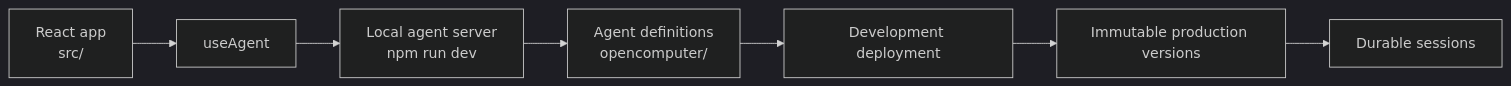
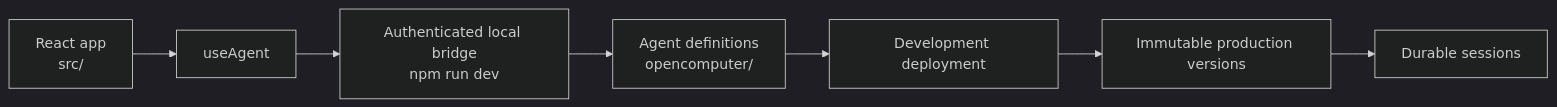
Before and after one commit to diggerhq/opencomputer: the diagram in docs/agents/architecture.mdx, drawn with Mermaid (dark theme). The commit also changed other lines of this file and 29 other files, not shown here.

````diff
--- a/docs/agents/architecture.mdx
+++ b/docs/agents/architecture.mdx
@@ -9,9 +9,9 @@
 ```mermaid
 flowchart LR
     A["React app<br/>src/"] --> B["useAgent"]
-    B --> C["Local agent server<br/>npm run dev"]
+    B --> C["Authenticated local bridge<br/>npm run dev"]
     C --> D["Agent definitions<br/>opencomputer/"]
     D --> E["Development deployment"]
     E --> F["Immutable production versions"]
     F --> G["Durable sessions"]
 ```
````
